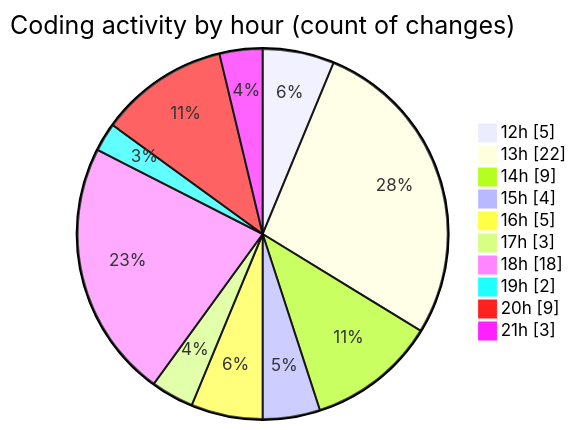
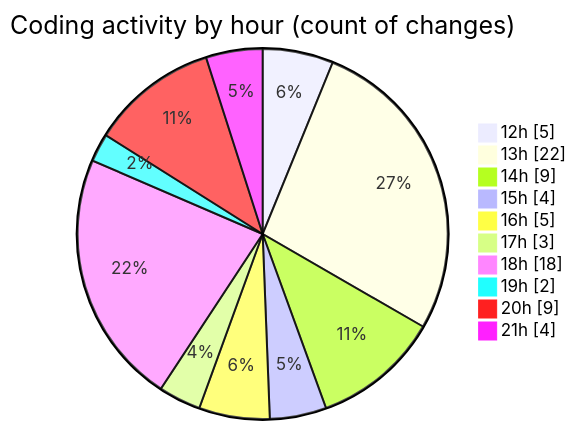
The second of 2 diagrams in 2025-04-19/myws__workspace_/README.md (MatusMokan/code-tracking), drawn with Mermaid before and after one commit. The commit also changed other lines of this file and 1 other file, not shown here.

````diff
--- a/2025-04-19/myws__workspace_/README.md
+++ b/2025-04-19/myws__workspace_/README.md
@@ -32,14 +32,14 @@
 ```mermaid
 pie showData
 title Coding activity by hour (count of changes)
 "12h" : 5
 "13h" : 22
 "14h" : 9
 "15h" : 4
 "16h" : 5
 "17h" : 3
 "18h" : 18
 "19h" : 2
 "20h" : 9
-"21h" : 3
+"21h" : 4
 ```
````
